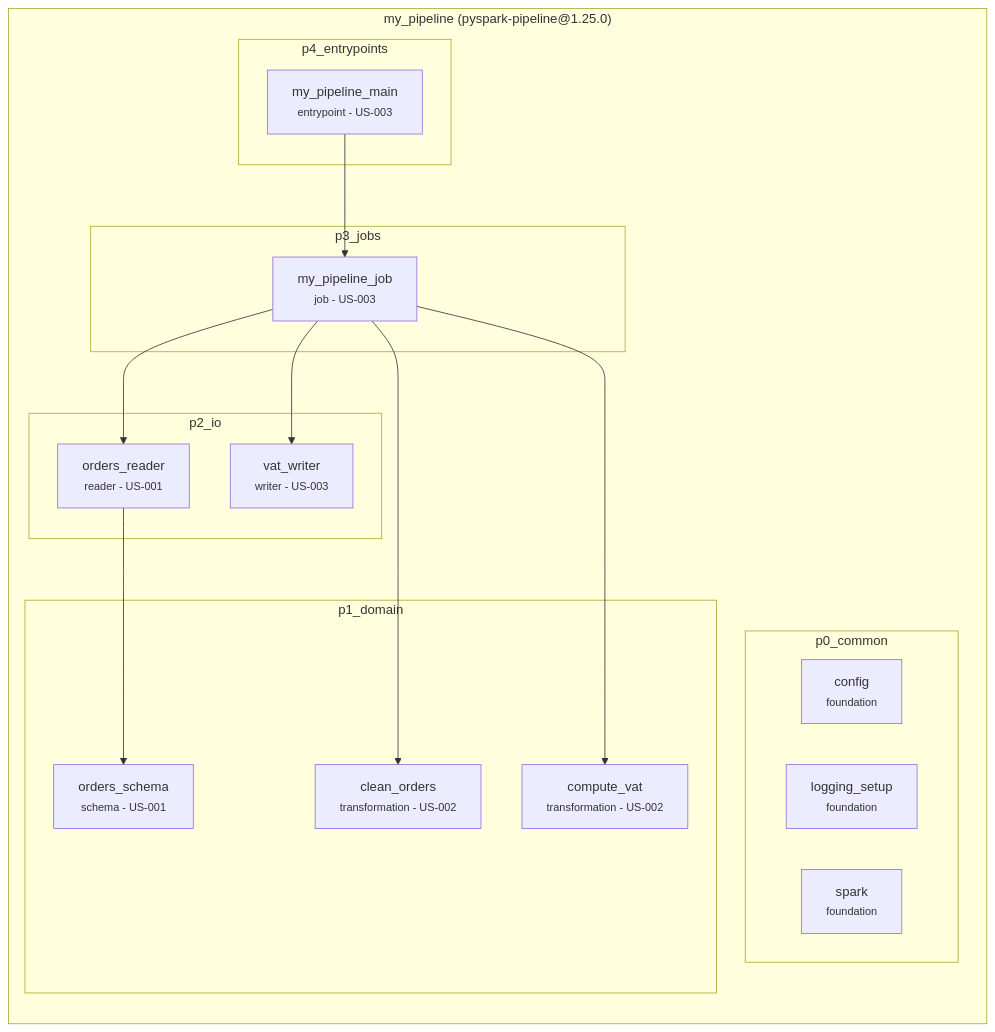
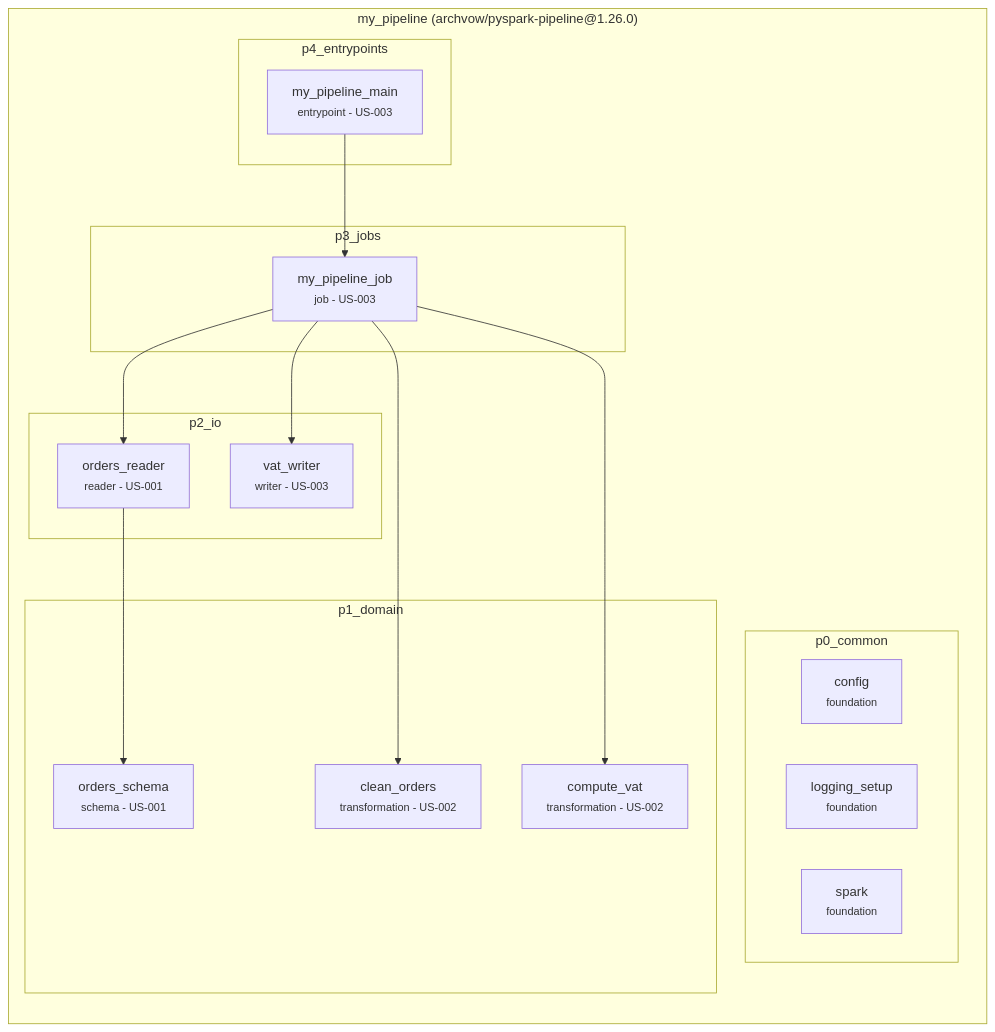
The diagram in contract/archvow/examples/pyspark-pipeline/.archvow/spec.md (archvow/archvow-plugin), drawn with Mermaid before and after one commit. The commit also changed other lines of this file and 163 other files, not shown here.

````diff
--- a/contract/archvow/examples/pyspark-pipeline/.archvow/spec.md
+++ b/contract/archvow/examples/pyspark-pipeline/.archvow/spec.md
@@ -11,33 +11,33 @@
 ```mermaid
 flowchart TB
-  subgraph my_pipeline["my_pipeline (pyspark-pipeline@1.25.0)"]
+  subgraph my_pipeline["my_pipeline (archvow/pyspark-pipeline@1.26.0)"]
     direction TB
     subgraph my_pipeline__p0_common["p0_common"]
       my_pipeline__config["config<br/><small>foundation</small>"]
       my_pipeline__logging_setup["logging_setup<br/><small>foundation</small>"]
       my_pipeline__spark["spark<br/><small>foundation</small>"]
     end
     subgraph my_pipeline__p1_domain["p1_domain"]
       my_pipeline__clean_orders["clean_orders<br/><small>transformation - US-002</small>"]
       my_pipeline__compute_vat["compute_vat<br/><small>transformation - US-002</small>"]
       my_pipeline__orders_schema["orders_schema<br/><small>schema - US-001</small>"]
     end
     subgraph my_pipeline__p2_io["p2_io"]
       my_pipeline__orders_reader["orders_reader<br/><small>reader - US-001</small>"]
       my_pipeline__vat_writer["vat_writer<br/><small>writer - US-003</small>"]
     end
     subgraph my_pipeline__p3_jobs["p3_jobs"]
       my_pipeline__my_pipeline_job["my_pipeline_job<br/><small>job - US-003</small>"]
     end
     subgraph my_pipeline__p4_entrypoints["p4_entrypoints"]
       my_pipeline__my_pipeline_main["my_pipeline_main<br/><small>entrypoint - US-003</small>"]
     end
   end
   my_pipeline__orders_reader --> my_pipeline__orders_schema
   my_pipeline__my_pipeline_job --> my_pipeline__orders_reader
   my_pipeline__my_pipeline_job --> my_pipeline__clean_orders
   my_pipeline__my_pipeline_job --> my_pipeline__compute_vat
   my_pipeline__my_pipeline_job --> my_pipeline__vat_writer
   my_pipeline__my_pipeline_main --> my_pipeline__my_pipeline_job
   classDef empty fill:none,stroke:none
 ```
````
